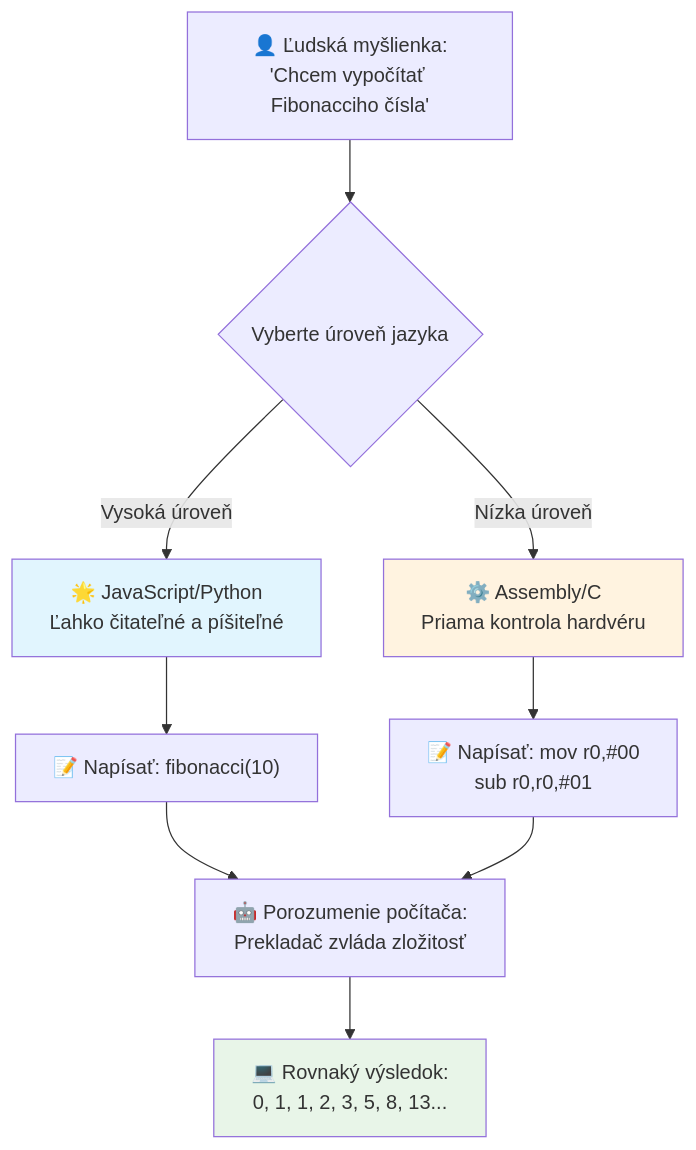
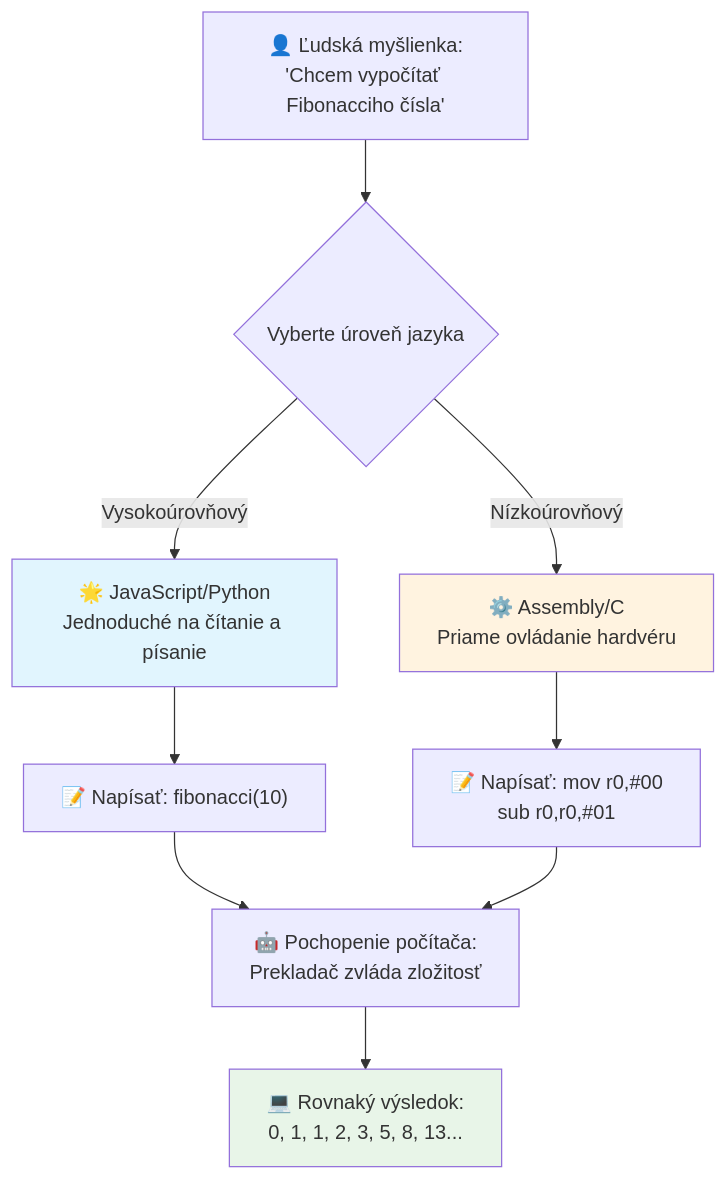
The third of 7 diagrams in translations/sk/1-getting-started-lessons/1-intro-to-programming-languages/README.md (microsoft/Web-Dev-For-Beginners), drawn with Mermaid before and after one commit. The commit also changed other lines of this file and 8 other files, not shown here.

````diff
--- a/translations/sk/1-getting-started-lessons/1-intro-to-programming-languages/README.md
+++ b/translations/sk/1-getting-started-lessons/1-intro-to-programming-languages/README.md
@@ -148,19 +148,19 @@
 ```mermaid
 flowchart TB
     A["👤 Ľudská myšlienka:<br/>'Chcem vypočítať Fibonacciho čísla'"] --> B{Vyberte úroveň jazyka}
     
-    B -->|Vysoká úroveň| C["🌟 JavaScript/Python<br/>Ľahko čitateľné a píšiteľné"]
-    B -->|Nízka úroveň| D["⚙️ Assembly/C<br/>Priama kontrola hardvéru"]
+    B -->|Vysokoúrovňový| C["🌟 JavaScript/Python<br/>Jednoduché na čítanie a písanie"]
+    B -->|Nízkoúrovňový| D["⚙️ Assembly/C<br/>Priame ovládanie hardvéru"]
     
     C --> E["📝 Napísať: fibonacci(10)"]
     D --> F["📝 Napísať: mov r0,#00<br/>sub r0,r0,#01"]
     
-    E --> G["🤖 Porozumenie počítača:<br/>Prekladač zvláda zložitosť"]
+    E --> G["🤖 Pochopenie počítača:<br/>Prekladač zvláda zložitosť"]
     F --> G
     
     G --> H["💻 Rovnaký výsledok:<br/>0, 1, 1, 2, 3, 5, 8, 13..."]
     
     style C fill:#e1f5fe
     style D fill:#fff3e0
     style H fill:#e8f5e8
 ```
````
